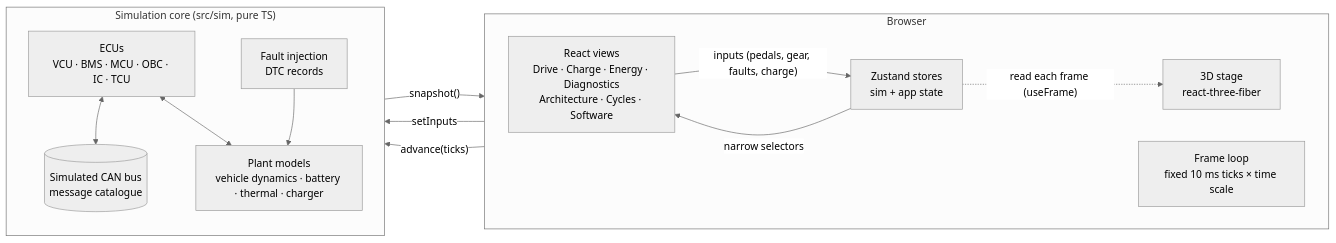
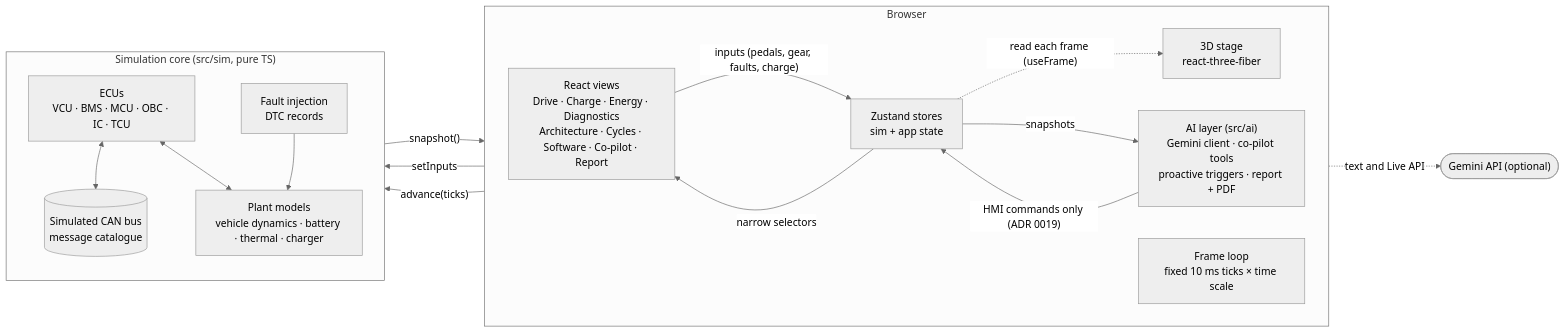
Before and after one commit to MrNahadi/DUMA-SDV: the first of 4 diagrams in README.md, drawn with Mermaid (neutral theme). The commit also changed other lines of this file and 23 other files, not shown here.

First line of the commit message:
docs: paper and README cover the co-pilot and vehicle report

````diff
--- a/README.md
+++ b/README.md
@@ -159,26 +160,30 @@
 ```mermaid
 flowchart LR
   subgraph Browser
     direction LR
-    UI["React views<br/>Drive · Charge · Energy · Diagnostics<br/>Architecture · Cycles · Software"]
+    UI["React views<br/>Drive · Charge · Energy · Diagnostics<br/>Architecture · Cycles · Software · Co-pilot · Report"]
+    AI["AI layer (src/ai)<br/>Gemini client · co-pilot tools<br/>proactive triggers · report + PDF"]
     Stage["3D stage<br/>react-three-fiber"]
     Store["Zustand stores<br/>sim + app state"]
     FrameLoop["Frame loop<br/>fixed 10 ms ticks × time scale"]
   end
   subgraph Core["Simulation core (src/sim, pure TS)"]
     direction TB
     ECUs["ECUs<br/>VCU · BMS · MCU · OBC · IC · TCU"]
     Bus[("Simulated CAN bus<br/>message catalogue")]
     Plant["Plant models<br/>vehicle dynamics · battery · thermal · charger"]
     Faults["Fault injection<br/>DTC records"]
   end
   UI -- "inputs (pedals, gear, faults, charge)" --> Store
   Store -- setInputs --> Core
   FrameLoop -- "advance(ticks)" --> Core
   Core -- "snapshot()" --> Store
   Store -- "narrow selectors" --> UI
   Store -. "read each frame (useFrame)" .-> Stage
+  AI -- "HMI commands only (ADR 0019)" --> Store
+  Store -- "snapshots" --> AI
+  AI -. "text and Live API" .-> Gemini(["Gemini API (optional)"])
   ECUs <--> Bus
   ECUs <--> Plant
   Faults --> Plant
 ```
````
